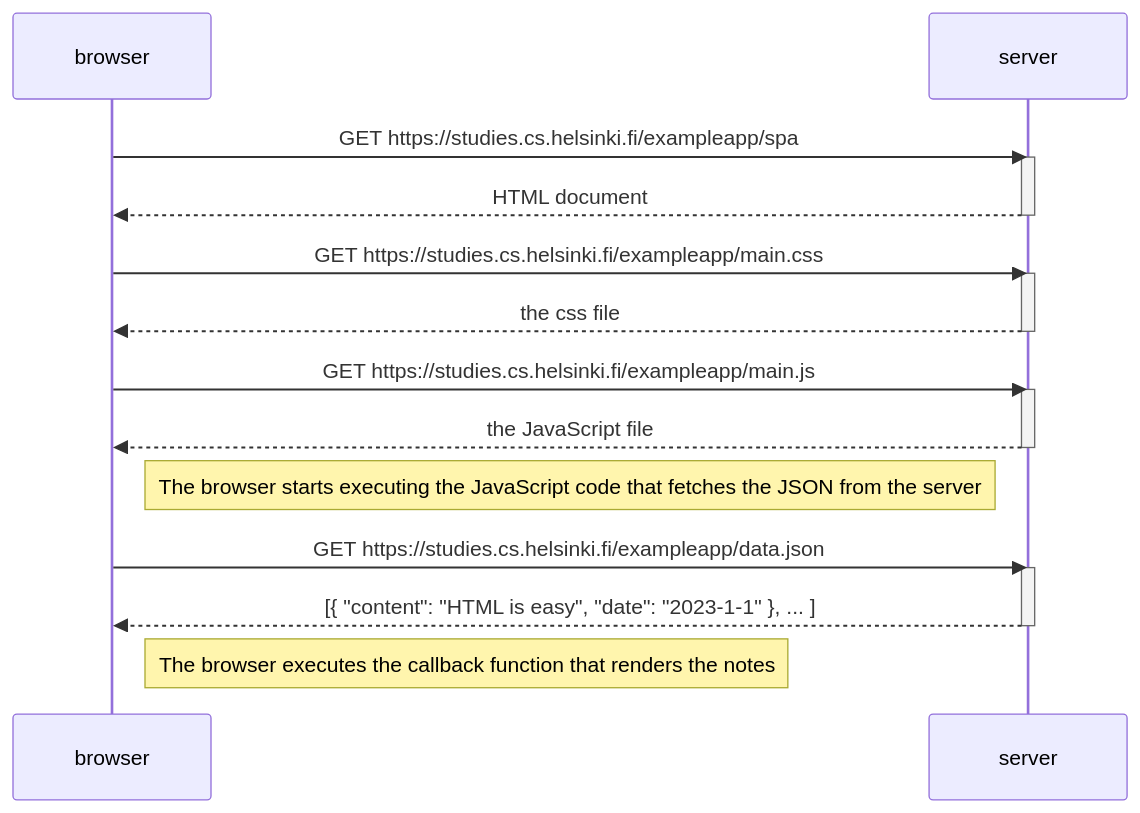
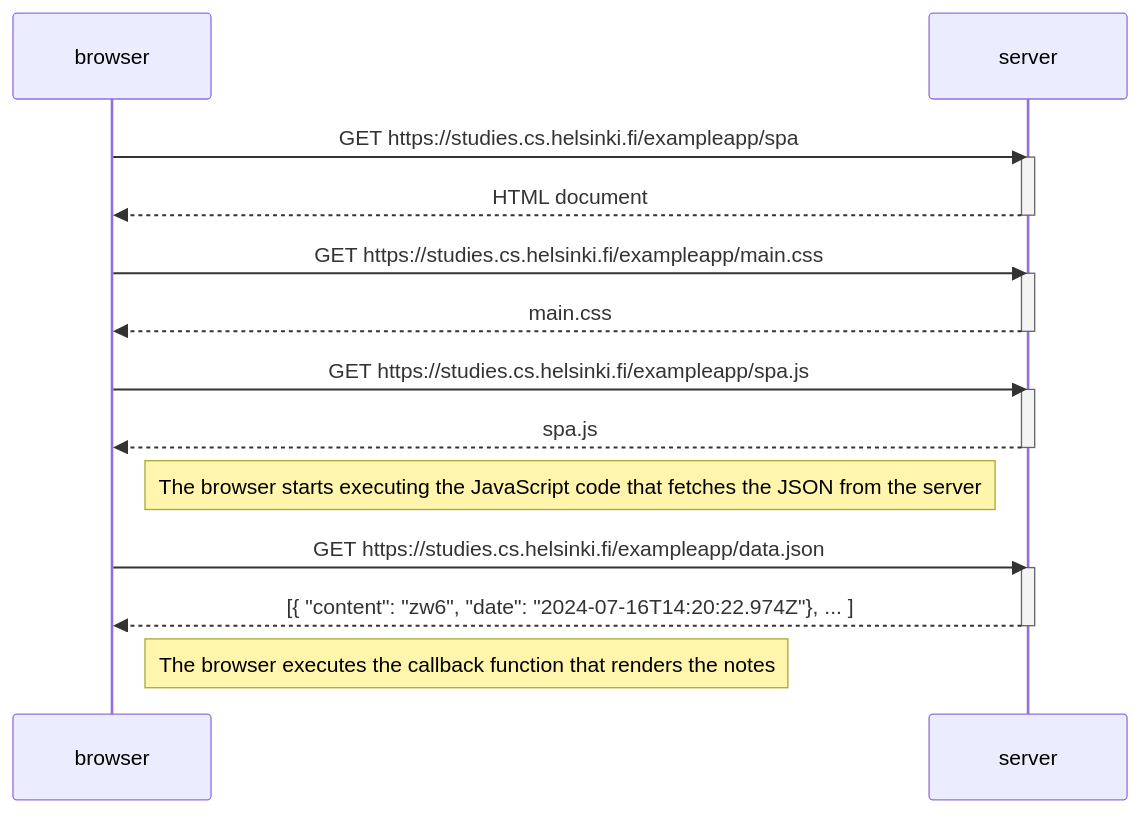
The diagram in 0_5.md (divywnzh/fullstackopen), drawn with Mermaid before and after one commit.

````diff
--- a/0_5.md
+++ b/0_5.md
@@ -1,29 +1,29 @@
 ```mermaid
 sequenceDiagram
     participant browser
     participant server
 
     browser->>server: GET https://studies.cs.helsinki.fi/exampleapp/spa
     activate server
     server-->>browser: HTML document
     deactivate server
 
     browser->>server: GET https://studies.cs.helsinki.fi/exampleapp/main.css
     activate server
-    server-->>browser: the css file
+    server-->>browser: main.css
     deactivate server
 
-    browser->>server: GET https://studies.cs.helsinki.fi/exampleapp/main.js
+    browser->>server: GET https://studies.cs.helsinki.fi/exampleapp/spa.js
     activate server
-    server-->>browser: the JavaScript file
+    server-->>browser: spa.js
     deactivate server
 
     Note right of browser: The browser starts executing the JavaScript code that fetches the JSON from the server
 
     browser->>server: GET https://studies.cs.helsinki.fi/exampleapp/data.json
     activate server
-    server-->>browser: [{ "content": "HTML is easy", "date": "2023-1-1" }, ... ]
+    server-->>browser: [{ "content": "zw6", "date": "2024-07-16T14:20:22.974Z"}, ... ]
     deactivate server
 
     Note right of browser: The browser executes the callback function that renders the notes
 ```
````
